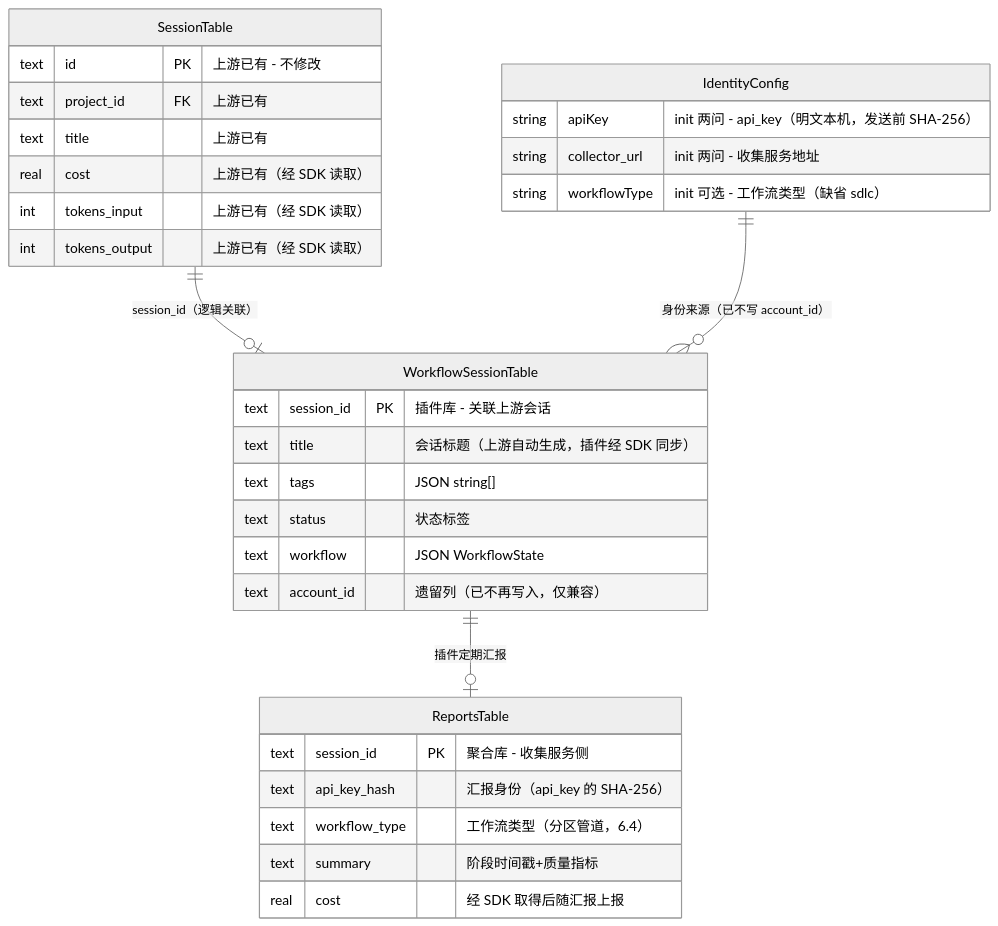
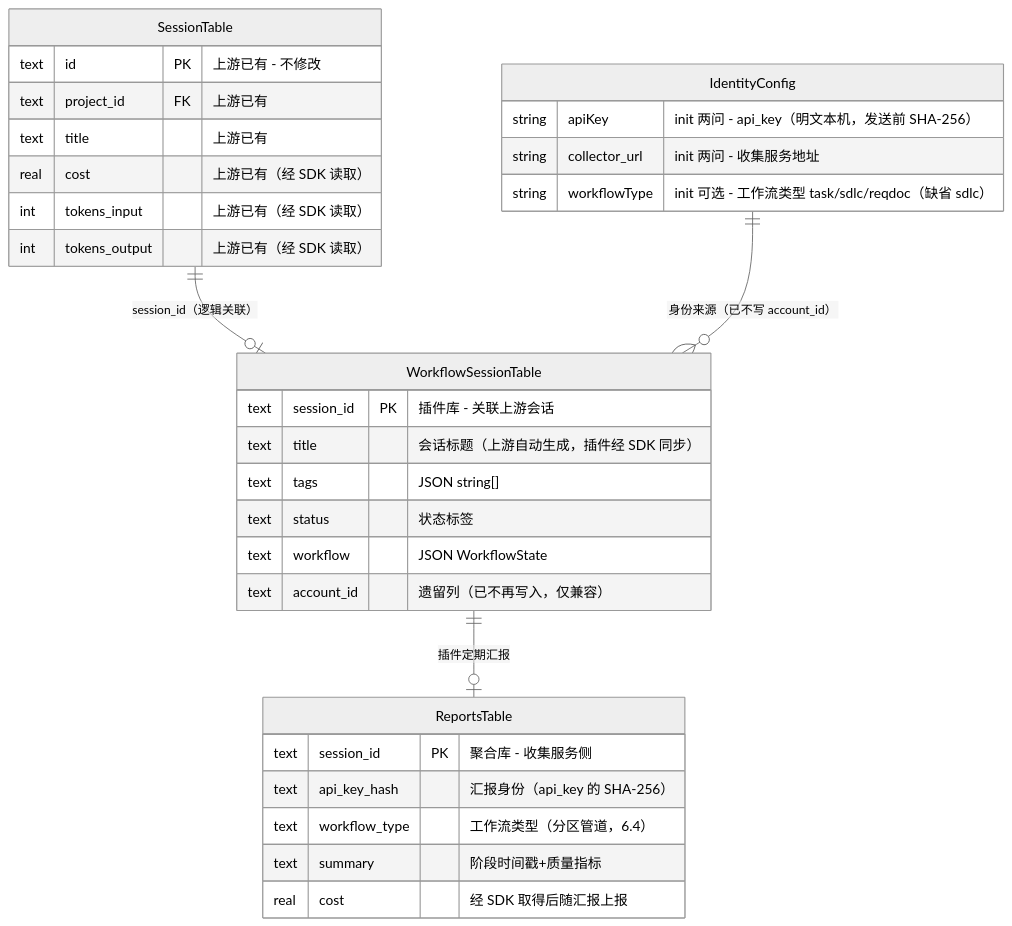
One commit to wonglaitung/opencode changed the fifth of 23 diagrams in opencode-session-mgmt/docs/session-management.md. Above: the diagram before and after it, drawn with Mermaid (neutral theme). The commit also changed other lines of this file and 32 other files, not shown here.

````diff
--- a/opencode-session-mgmt/docs/session-management.md
+++ b/opencode-session-mgmt/docs/session-management.md
@@ -283,38 +284,38 @@
 ```mermaid
 erDiagram
     SessionTable {
         text id PK "上游已有 - 不修改"
         text project_id FK "上游已有"
         text title "上游已有"
         real cost "上游已有（经 SDK 读取）"
         int tokens_input "上游已有（经 SDK 读取）"
         int tokens_output "上游已有（经 SDK 读取）"
     }
 
     WorkflowSessionTable {
         text session_id PK "插件库 - 关联上游会话"
         text title "会话标题（上游自动生成，插件经 SDK 同步）"
         text tags "JSON string[]"
         text status "状态标签"
         text workflow "JSON WorkflowState"
         text account_id "遗留列（已不再写入，仅兼容）"
     }
 
     IdentityConfig {
         string apiKey "init 两问 - api_key（明文本机，发送前 SHA-256）"
         string collector_url "init 两问 - 收集服务地址"
-        string workflowType "init 可选 - 工作流类型（缺省 sdlc）"
+        string workflowType "init 可选 - 工作流类型 task/sdlc/reqdoc（缺省 sdlc）"
     }
 
     ReportsTable {
         text session_id PK "聚合库 - 收集服务侧"
         text api_key_hash "汇报身份（api_key 的 SHA-256）"
         text workflow_type "工作流类型（分区管道，6.4）"
         text summary "阶段时间戳+质量指标"
         real cost "经 SDK 取得后随汇报上报"
     }
 
     SessionTable ||--o| WorkflowSessionTable : "session_id（逻辑关联）"
     IdentityConfig ||--o{ WorkflowSessionTable : "身份来源（已不写 account_id）"
     WorkflowSessionTable ||--o| ReportsTable : "插件定期汇报"
 ```
````
